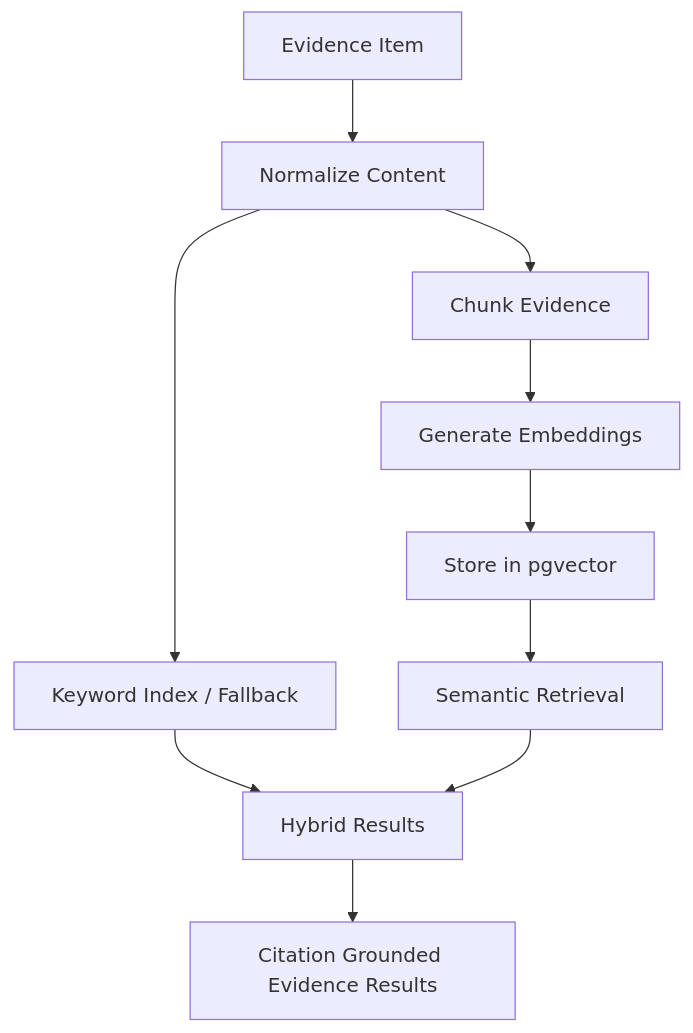
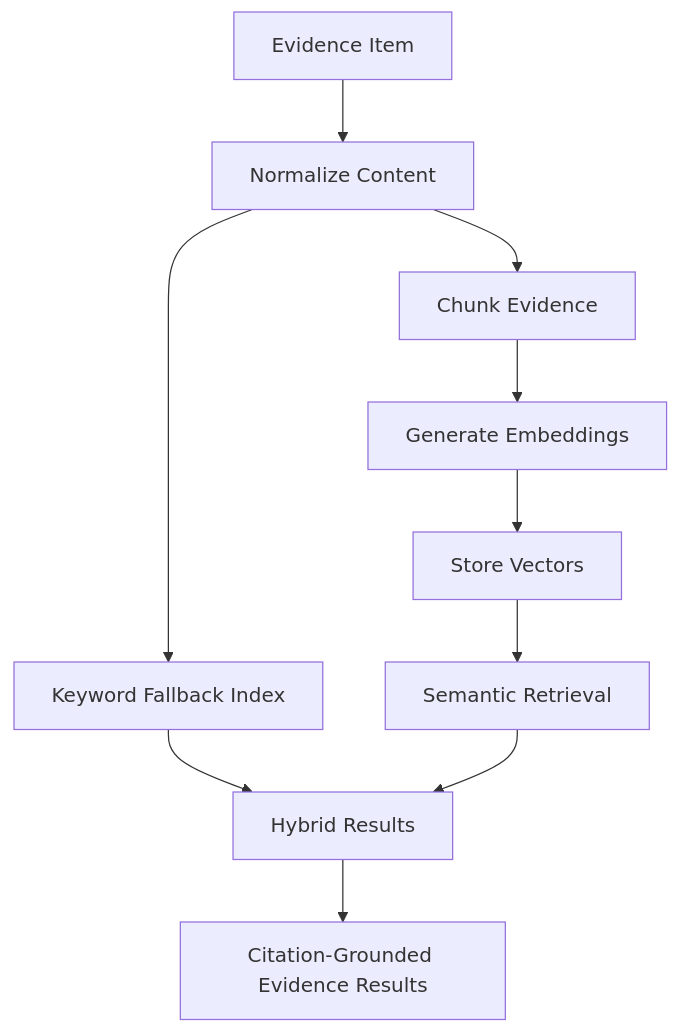
One commit to InsaneCoder789/IncidentLens changed the second of 3 diagrams in README.md. Above: the diagram before and after it, drawn with Mermaid. The commit also changed other lines of this file and 1 other file, not shown here.

````diff
--- a/README.md
+++ b/README.md
@@ -58,12 +91,12 @@
 ```mermaid
 flowchart TD
-    A[Evidence Item] --> B[Normalize Content]
-    B --> C[Chunk Evidence]
-    C --> D[Generate Embeddings]
-    D --> E[Store in pgvector]
-    E --> F[Semantic Retrieval]
-    B --> G[Keyword Index / Fallback]
-    G --> H[Hybrid Results]
-    F --> H
-    H --> I[Citation Grounded Evidence Results]
+  A["Evidence Item"] --> B["Normalize Content"]
+  B --> C["Chunk Evidence"]
+  C --> D["Generate Embeddings"]
+  D --> E["Store Vectors"]
+  B --> F["Keyword Fallback Index"]
+  E --> G["Semantic Retrieval"]
+  F --> H["Hybrid Results"]
+  G --> H
+  H --> I["Citation-Grounded Evidence Results"]
 ```
````
